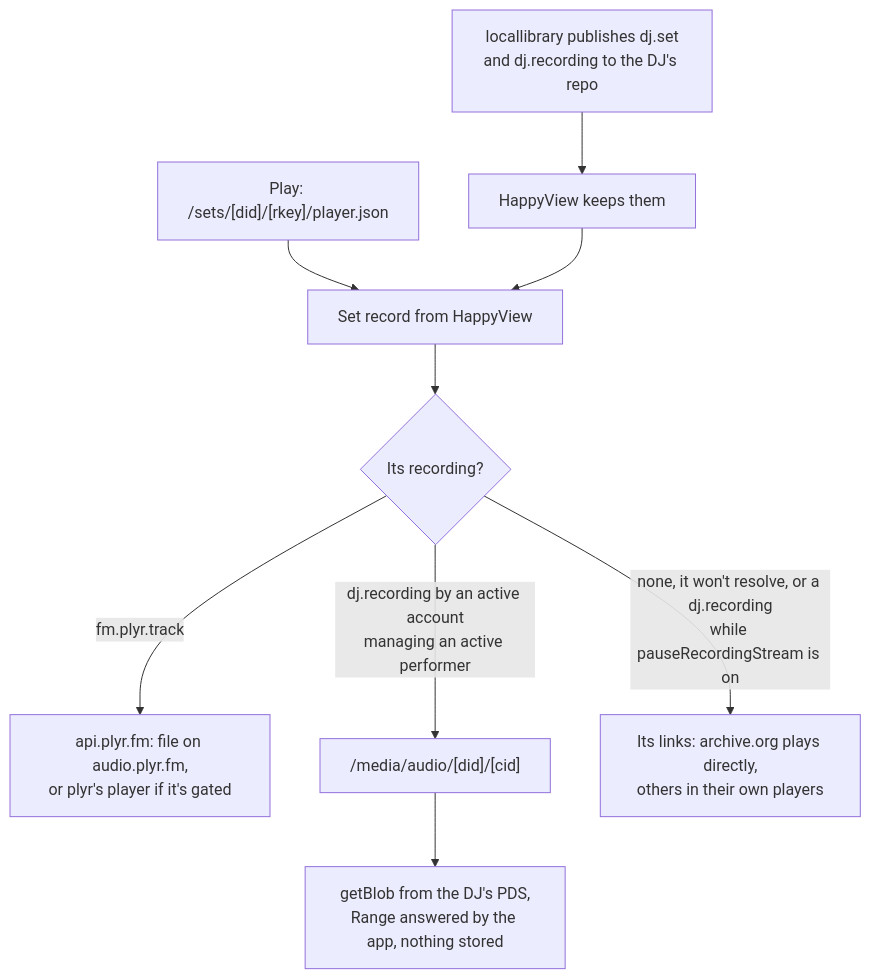
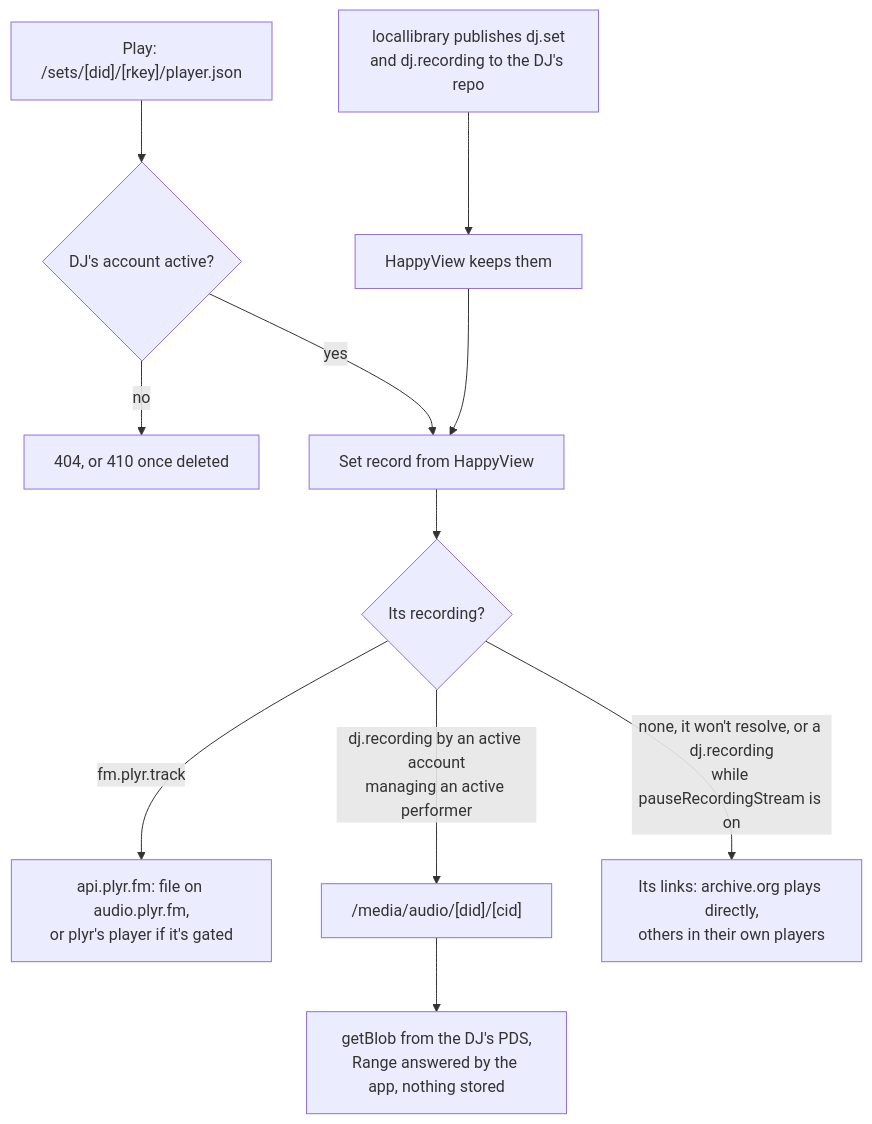
The fourth of 6 diagrams in apps/web/docs/diagrams/mixes-and-sets.md (cutenode/localnetwork), drawn with Mermaid before and after one commit. The commit also changed 6 other files, not shown here.

First line of the commit message:
docs(web): show the Vary rule and inactive accounts in the diagrams

````diff
--- a/apps/web/docs/diagrams/mixes-and-sets.md
+++ b/apps/web/docs/diagrams/mixes-and-sets.md
@@ -78,11 +78,13 @@
 ```mermaid
 flowchart TD
   Publish["locallibrary publishes dj.set<br/>and dj.recording to the DJ's repo"] --> HV["HappyView keeps them"]
-  Play["Play: /sets/[did]/[rkey]/player.json"] --> Set["Set record from HappyView"]
+  Play["Play: /sets/[did]/[rkey]/player.json"] --> Active{"DJ's account active?"}
+  Active -- "no" --> Hidden["404, or 410 once deleted"]
+  Active -- "yes" --> Set["Set record from HappyView"]
   HV --> Set
   Set --> Recording{"Its recording?"}
   Recording -- "fm.plyr.track" --> Plyr["api.plyr.fm: file on audio.plyr.fm,<br/>or plyr's player if it's gated"]
   Recording -- "dj.recording by an active account<br/>managing an active performer" --> Stream["/media/audio/[did]/[cid]"]
   Recording -- "none, it won't resolve, or a dj.recording<br/>while pauseRecordingStream is on" --> Links["Its links: archive.org plays directly,<br/>others in their own players"]
   Stream --> Blob["getBlob from the DJ's PDS,<br/>Range answered by the app, nothing stored"]
 ```
````
